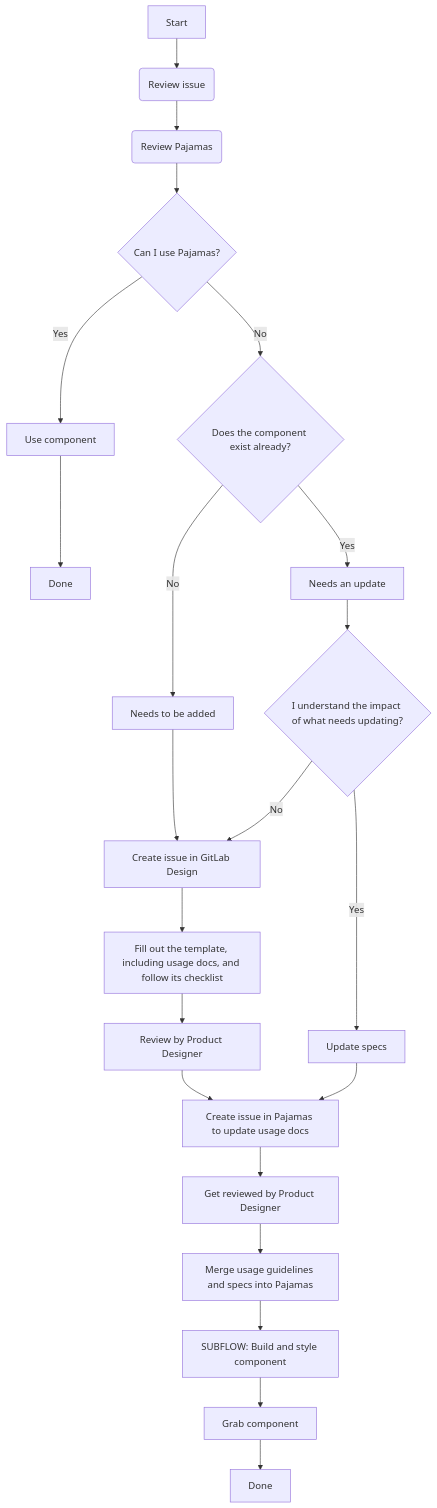
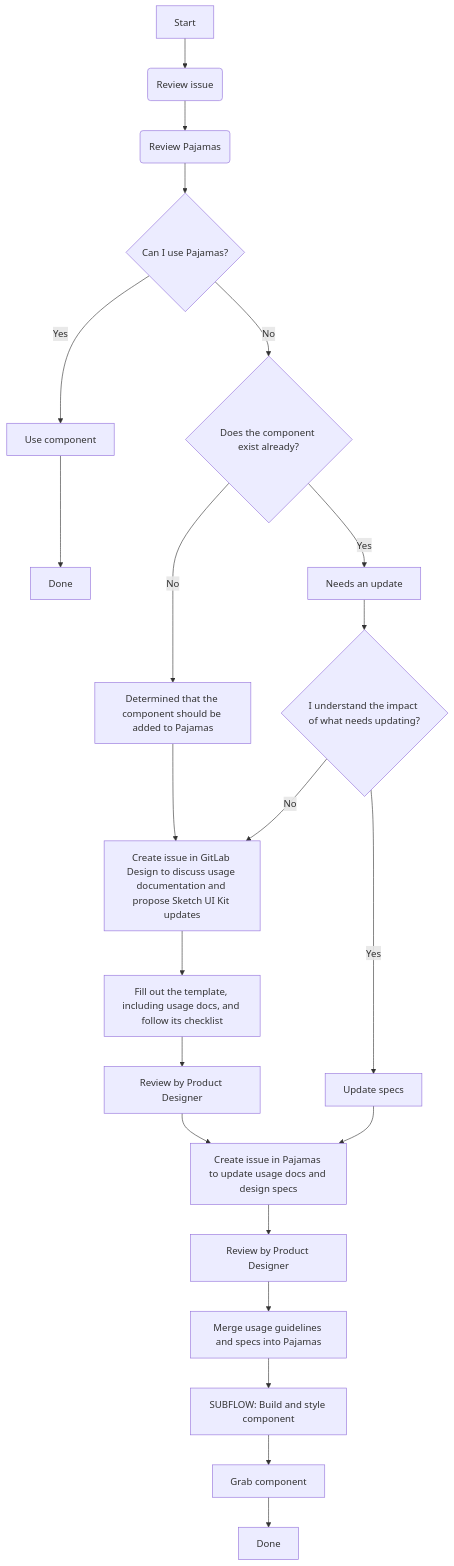
Before and after one commit to khulnasoft-lab/design.khulnasoft.com: the diagram in doc/component-lifecycle.md, drawn with Mermaid. The commit also changed other lines of this file, not shown here.

Commit message:
Add useful information on determining whether a component should be added or not

````diff
--- a/doc/component-lifecycle.md
+++ b/doc/component-lifecycle.md
@@ -46,28 +58,28 @@
 ```mermaid
 graph TD;
 A[Start] -->B(Review issue)
 B--> C(Review Pajamas)
 click C "https://design.gitlab.com"
 C-->D{Can I use Pajamas?}
 D -->|Yes| E[Use component]
 E --> F[Done]
 D -->|No| G{Does the component exist already?}
-G-->|No| H[Needs to be added]
-H-->I[Create issue in GitLab Design]
+G-->|No| H[Determined that the component should be added to Pajamas]
+H-->I[Create issue in GitLab Design to discuss usage documentation and propose Sketch UI Kit updates]
 click I "https://gitlab.com/gitlab-org/gitlab-design/issues/new?issuable_template=UX%20Pattern"
 I-->J[Fill out the template, including usage docs, and follow its checklist]
 J-->K[Review by Product Designer]
-K-->L[Create issue in Pajamas to update usage docs]
+K-->L[Create issue in Pajamas to update usage docs and design specs]
 click L "https://gitlab.com/gitlab-org/gitlab-services/design.gitlab.com/issues/new"
-L-->M[Get reviewed by Product Designer]
+L-->M[Review by Product Designer]
 M-->N[Merge usage guidelines and specs into Pajamas]
 N-->O[SUBFLOW: Build and style component]
 click O "https://gitlab.com/gitlab-org/gitlab-ui/blob/master/doc/component-lifecycle.md"
 O-->P[Grab component]
 P-->Q[Done]
 G-->|Yes| R[Needs an update]
 R-->S{I understand the impact of what needs updating?}
 S-->|Yes| T[Update specs]
 T-->L
 S-->|No| I
 ```
````
